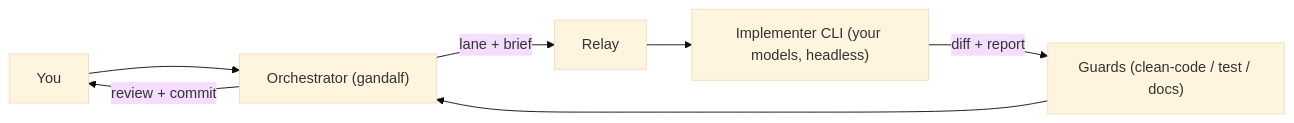
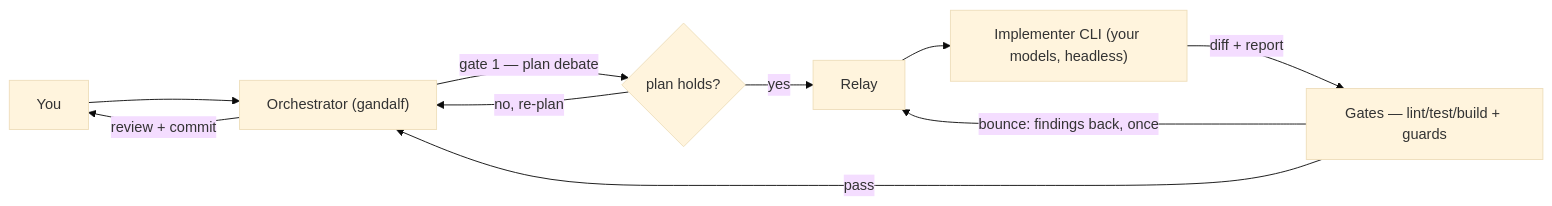
One commit to Ahmed-ElKashif/gandalf changed the diagram in README.md. Above: the diagram before and after it, drawn with Mermaid (base theme). The commit also changed other lines of this file and 17 other files, not shown here.

First line of the commit message:
gandalf v1.2.0: arm from packs.json, plan-debate gate, bounce, credits

````diff
--- a/README.md
+++ b/README.md
@@ -98,9 +102,12 @@
 ```mermaid
 flowchart LR
   Y[You] --> O["Orchestrator (gandalf)"]
-  O -->|"lane + brief"| R[Relay]
+  O -->|"gate 1 — plan debate"| P{"plan holds?"}
+  P -->|no, re-plan| O
+  P -->|yes| R[Relay]
   R --> I["Implementer CLI (your models, headless)"]
-  I -->|"diff + report"| G["Guards (clean-code / test / docs)"]
-  G --> O
+  I -->|"diff + report"| G["Gates — lint/test/build + guards"]
+  G -->|"bounce: findings back, once"| R
+  G -->|pass| O
   O -->|"review + commit"| Y
 ```
````
